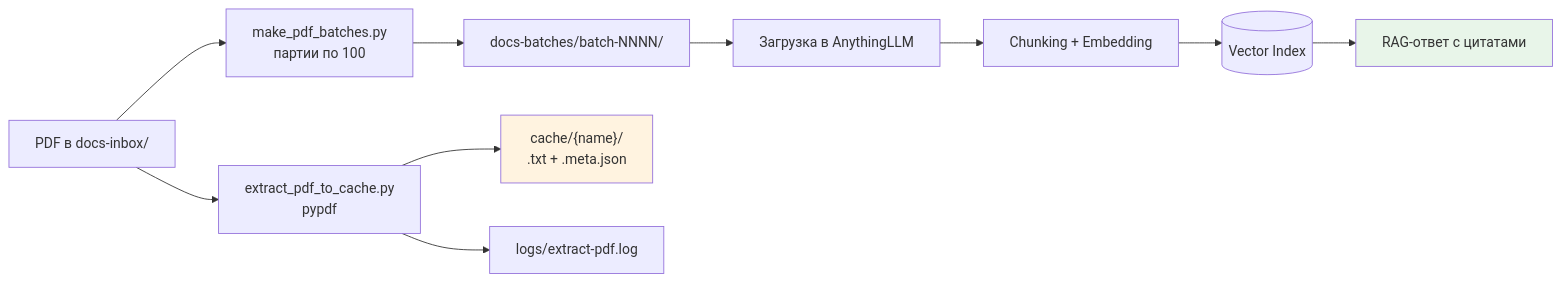
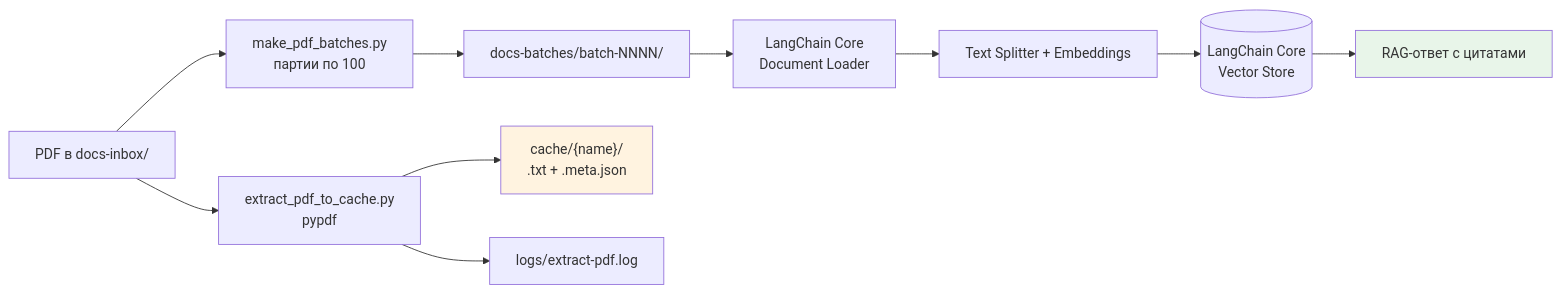
The second of 6 diagrams in docs/PRD.md (Boldurev16/TR-Agent), drawn with Mermaid before and after one commit. The commit also changed other lines of this file and 1 other file, not shown here.

Commit message:
Replace AnythingLLM with LangChain Core components and remove port references (PRD v1.0.3).

````diff
--- a/docs/PRD.md
+++ b/docs/PRD.md
@@ -246,16 +246,16 @@
 ```mermaid
 flowchart LR
     A["PDF в docs-inbox/"] --> B["make_pdf_batches.py<br/>партии по 100"]
     B --> C["docs-batches/batch-NNNN/"]
-    C --> D["Загрузка в AnythingLLM"]
-    D --> E["Chunking + Embedding"]
-    E --> F[("Vector Index")]
+    C --> D["LangChain Core<br/>Document Loader"]
+    D --> E["Text Splitter + Embeddings"]
+    E --> F[("LangChain Core<br/>Vector Store")]
     F --> G["RAG-ответ с цитатами"]
 
     A --> H["extract_pdf_to_cache.py<br/>pypdf"]
     H --> I["cache/{name}/<br/>.txt + .meta.json"]
     H --> J["logs/extract-pdf.log"]
 
     style G fill:#e8f5e9
     style I fill:#fff3e0
 ```
````
